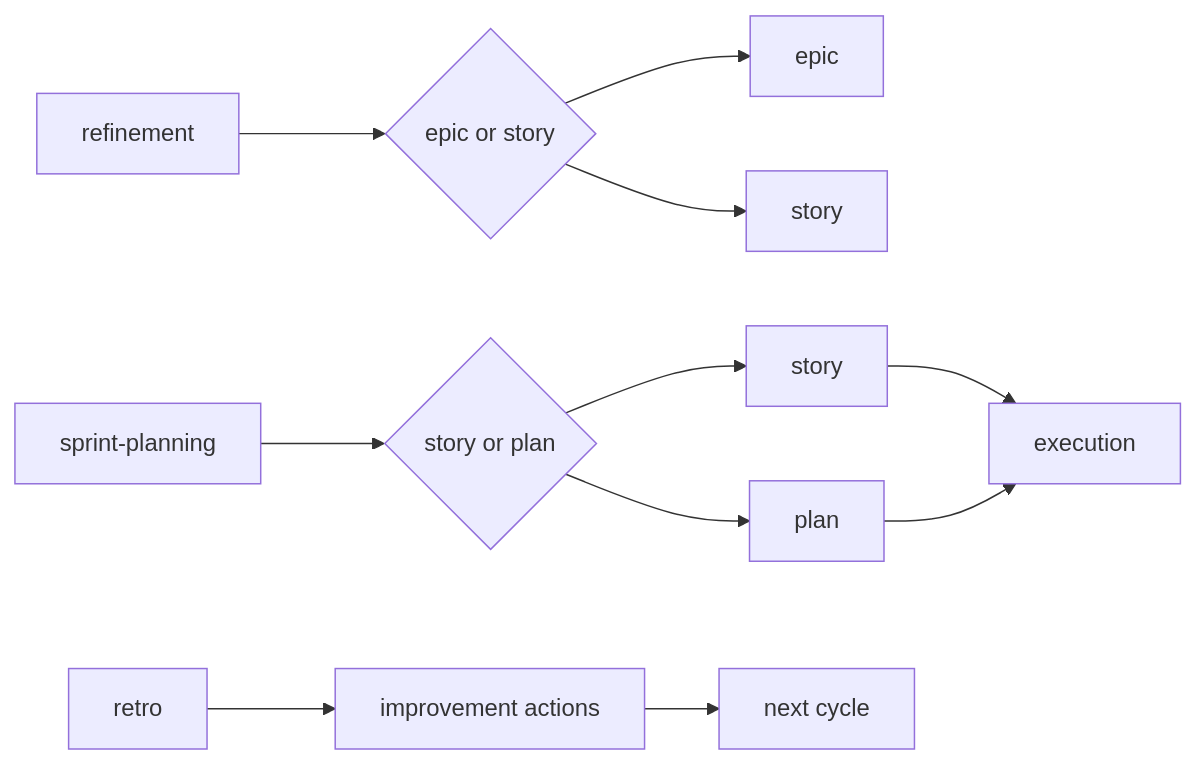
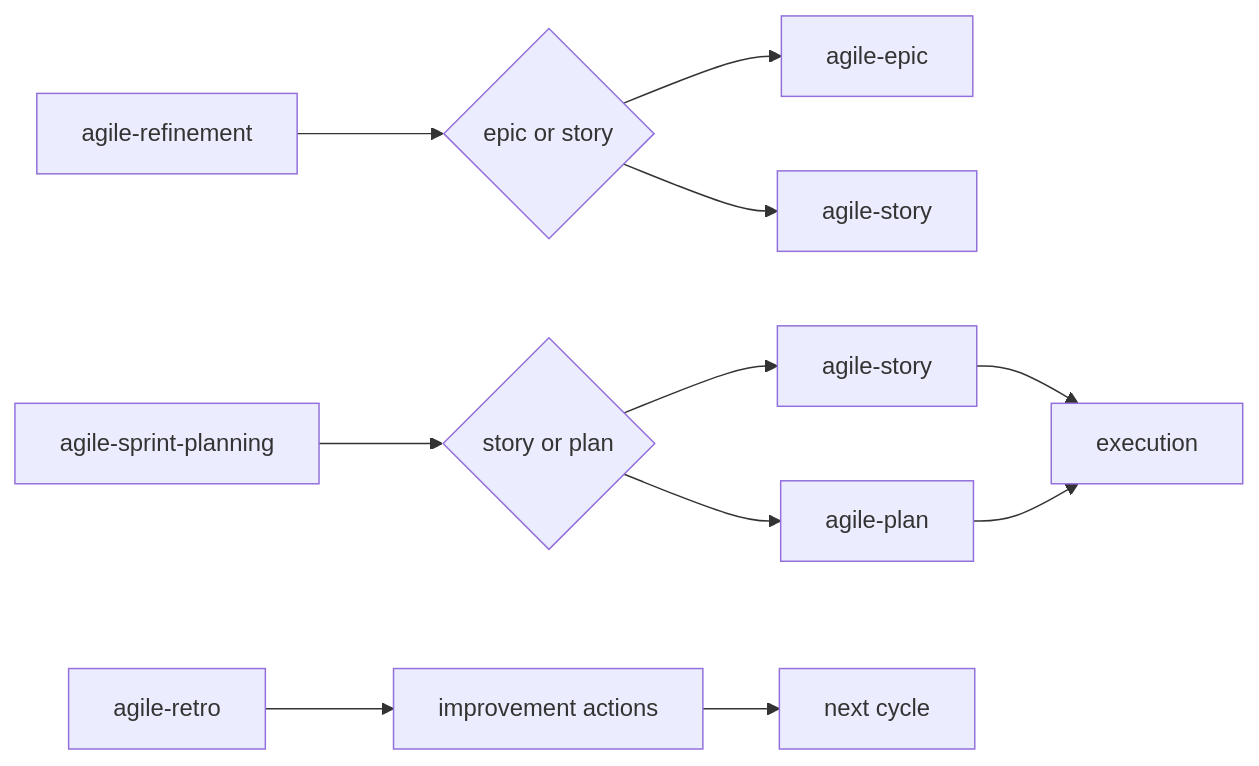
The diagram in docs/agile/agile-ceremonies-router.md (djalmajr/essential-skills), drawn with Mermaid before and after one commit. The commit also changed other lines of this file and 46 other files, not shown here.

````diff
--- a/docs/agile/agile-ceremonies-router.md
+++ b/docs/agile/agile-ceremonies-router.md
@@ -36,15 +65,13 @@
 ```mermaid
 flowchart LR
-    A[refinement] --> B{epic or story}
-    B --> C[epic]
-    B --> D[story]
-    
-    E[sprint-planning] --> F{story or plan}
-    F --> G[story]
-    F --> H[plan]
+    A[agile-refinement] --> B{epic or story}
+    B --> C[agile-epic]
+    B --> D[agile-story]
+    E[agile-sprint-planning] --> F{story or plan}
+    F --> G[agile-story]
+    F --> H[agile-plan]
     G --> I[execution]
     H --> I
-    
-    J[retro] --> K[improvement actions]
+    J[agile-retro] --> K[improvement actions]
     K --> L[next cycle]
 ```
````
